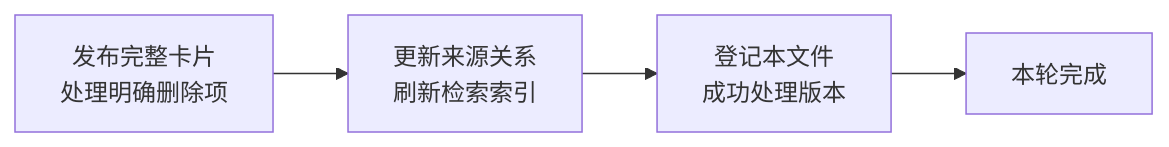
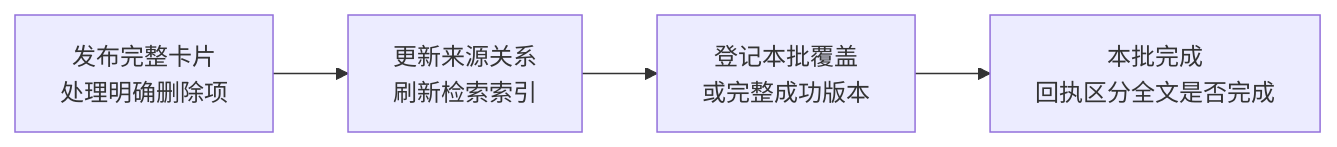
The seventh of 7 diagrams in himate/himate-knowledge-wifi-mp/docs-llm-wiki/知识库详细设计.md (Robin-hhc/FactumCore), drawn with Mermaid before and after one commit. The commit also changed other lines of this file and 30 other files, not shown here.

````diff
--- a/himate/himate-knowledge-wifi-mp/docs-llm-wiki/知识库详细设计.md
+++ b/himate/himate-knowledge-wifi-mp/docs-llm-wiki/知识库详细设计.md
@@ -253,6 +260,6 @@
 ```mermaid
 flowchart LR
     A["发布完整卡片<br/>处理明确删除项"] --> B["更新来源关系<br/>刷新检索索引"]
-    B --> C["登记本文件<br/>成功处理版本"]
-    C --> D["本轮完成"]
+    B --> C["登记本批覆盖<br/>或完整成功版本"]
+    C --> D["本批完成<br/>回执区分全文是否完成"]
 ```
````
